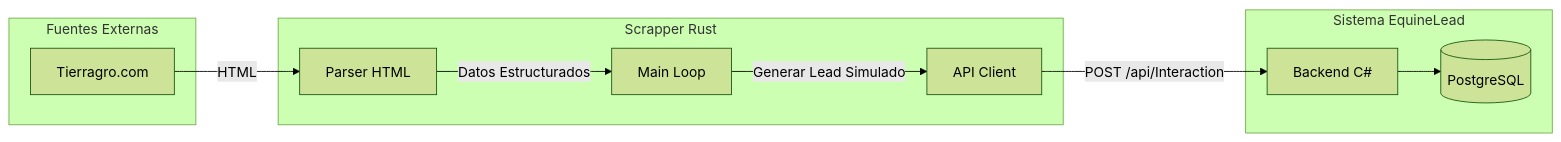
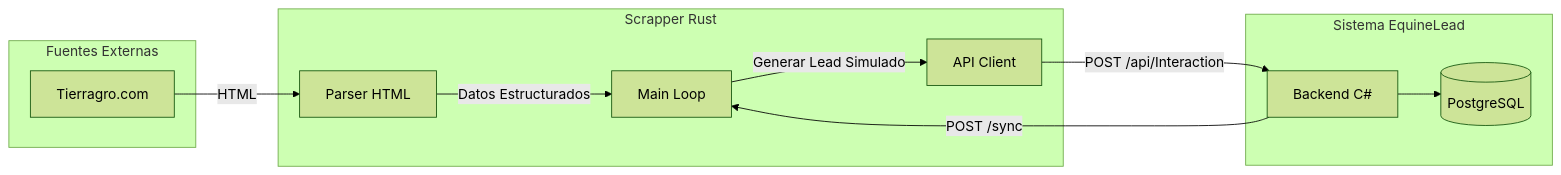
The diagram in src/scrapper-rust/README.md (No-Country-simulation/S02-26-Equipo-48--EquineLead), drawn with Mermaid (forest theme) before and after one commit. The commit also changed other lines of this file and 31 other files, not shown here.

````diff
--- a/src/scrapper-rust/README.md
+++ b/src/scrapper-rust/README.md
@@ -20,23 +20,24 @@
 ```mermaid
 graph LR
     subgraph Fuentes Externas
         T[Tierragro.com]
     end
     
     subgraph Scrapper Rust
         S[Main Loop]
         P[Parser HTML]
         A[API Client]
     end
     
     subgraph Sistema EquineLead
         BE[Backend C#]
         DB[(PostgreSQL)]
     end
 
     T -- HTML --> P
     P -- Datos Estructurados --> S
     S -- Generar Lead Simulado --> A
     A -- POST /api/Interaction --> BE
     BE --> DB
+    BE -- POST /sync --> S
 ```
````
